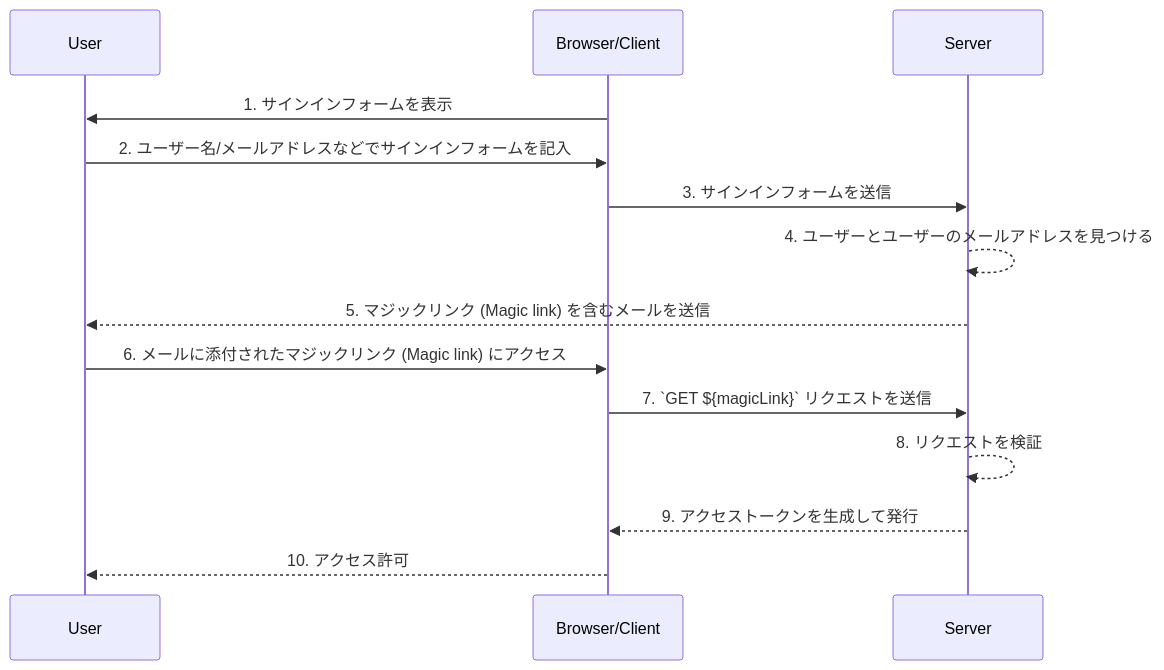
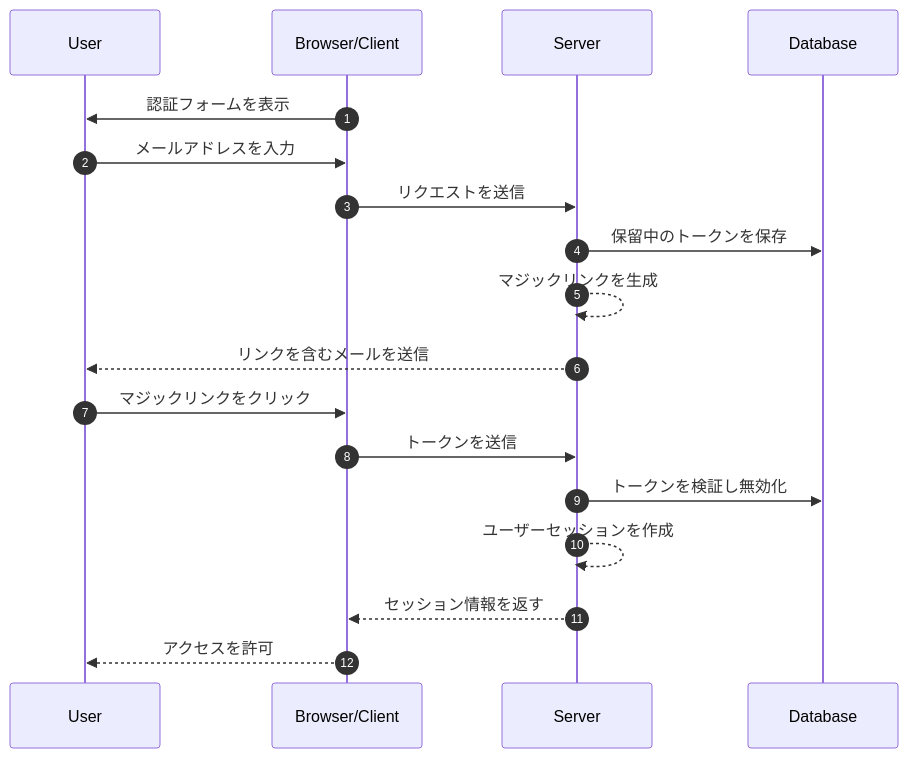
One commit to logto-io/auth-wiki changed the first of 2 diagrams in src/content/terms/ja/magic-link.mdx. Above: the diagram before and after it, drawn with Mermaid. The commit also changed other lines of this file and 95 other files, not shown here.

````diff
--- a/src/content/terms/ja/magic-link.mdx
+++ b/src/content/terms/ja/magic-link.mdx
@@ -31,16 +17,20 @@
 ```mermaid
 sequenceDiagram
+    autonumber
     participant U as User
     participant B as Browser/Client
     participant S as Server
-    B->>U: 1. サインインフォームを表示
-    U->>B: 2. ユーザー名/メールアドレスなどでサインインフォームを記入
-    B->>S: 3. サインインフォームを送信
-    S-->>S: 4. ユーザーとユーザーのメールアドレスを見つける
-    S-->>U: 5. マジックリンク (Magic link) を含むメールを送信
-    U->>B: 6. メールに添付されたマジックリンク (Magic link) にアクセス
-    B->>S: 7. `GET ${magicLink}` リクエストを送信
-    S-->>S: 8. リクエストを検証
-    S-->>B: 9. アクセストークンを生成して発行
-    B-->>U: 10. アクセス許可
+    participant D as Database
+    B->>U: 認証フォームを表示
+    U->>B: メールアドレスを入力
+    B->>S: リクエストを送信
+    S->>D: 保留中のトークンを保存
+    S-->>S: マジックリンクを生成
+    S-->>U: リンクを含むメールを送信
+    U->>B: マジックリンクをクリック
+    B->>S: トークンを送信
+    S->>D: トークンを検証し無効化
+    S-->>S: ユーザーセッションを作成
+    S-->>B: セッション情報を返す
+    B-->>U: アクセスを許可
 ```
````
